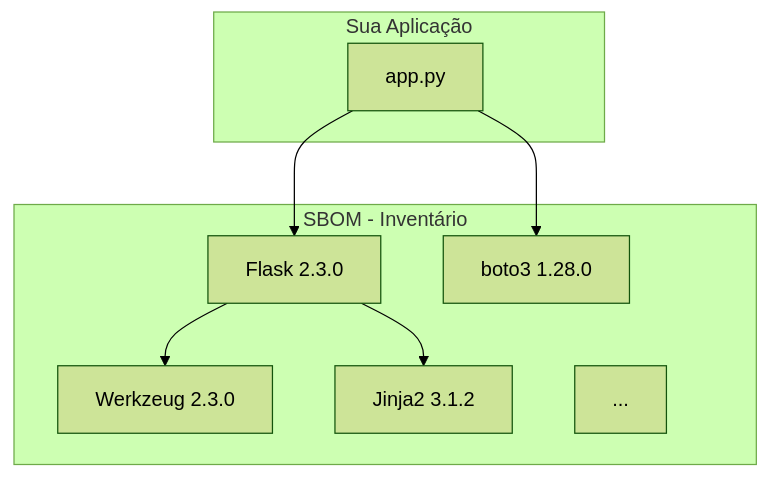
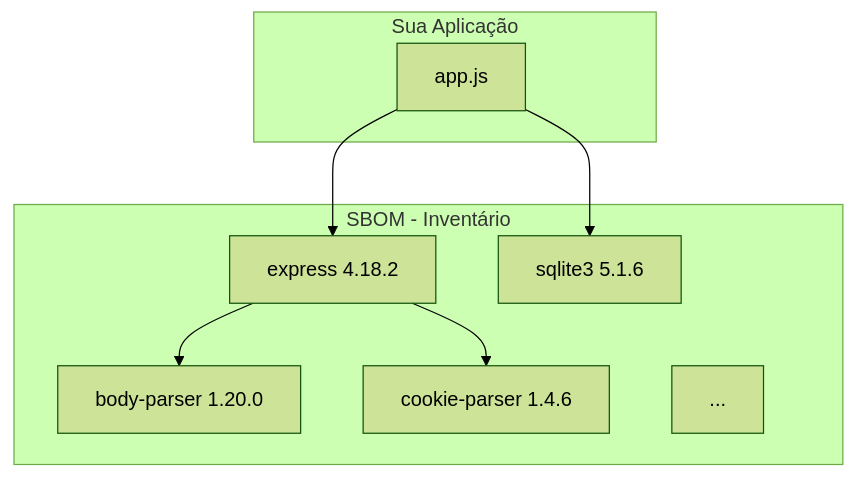
The first of 2 diagrams in docs/HANDS-ON-03-03.md (josenetoo/fiap-dclt-devsecops-aula03), drawn with Mermaid (forest theme) before and after one commit. The commit also changed other lines of this file and 5 other files, not shown here.

````diff
--- a/docs/HANDS-ON-03-03.md
+++ b/docs/HANDS-ON-03-03.md
@@ -15,19 +15,19 @@
 ```mermaid
 graph TB
     subgraph "Sua Aplicação"
-        A[app.py]
+        A[app.js]
     end
     
     subgraph "SBOM - Inventário"
-        B[Flask 2.3.0]
-        C[Werkzeug 2.3.0]
-        D[Jinja2 3.1.2]
-        E[boto3 1.28.0]
+        B[express 4.18.2]
+        C[body-parser 1.20.0]
+        D[cookie-parser 1.4.6]
+        E[sqlite3 5.1.6]
         F[...]
     end
     
     A --> B
     B --> C
     B --> D
     A --> E
 ```
````
